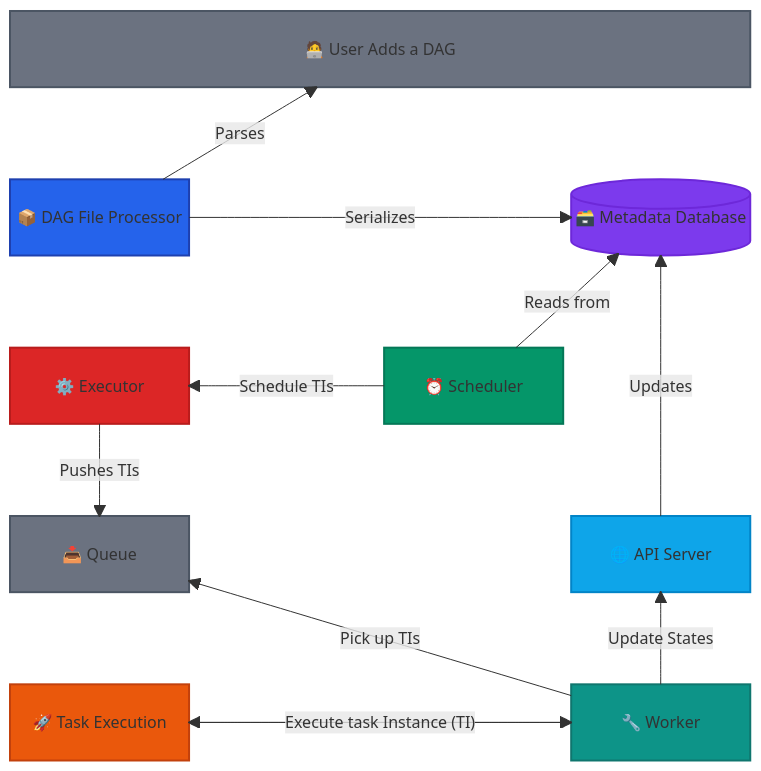
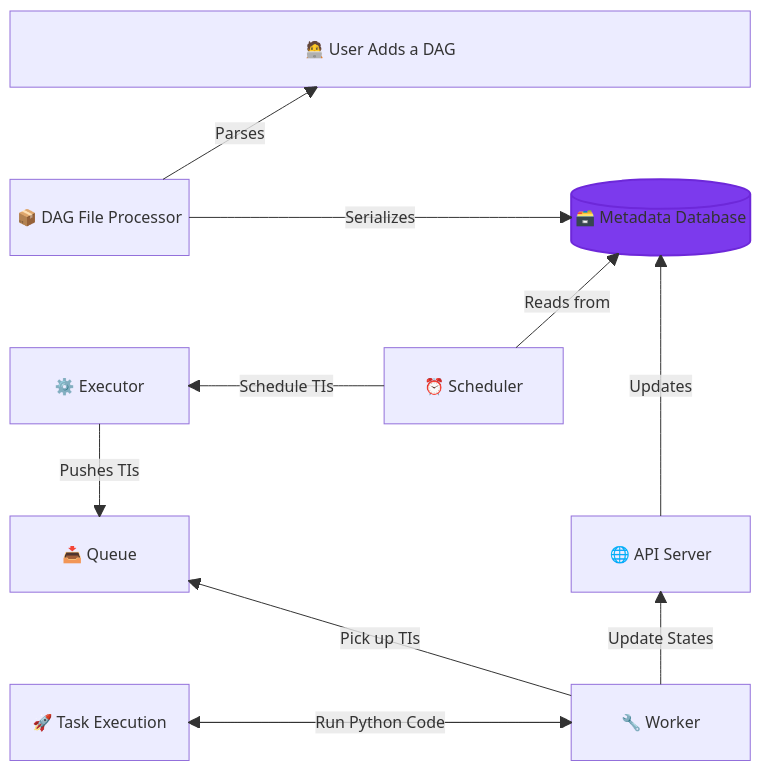
Before and after one commit to SmilingBytes/apache-airflow: the diagram in README.md, drawn with Mermaid.

````diff
--- a/README.md
+++ b/README.md
@@ -28,43 +28,36 @@
 ```mermaid
 block-beta
     columns 4
     USER["🧑‍💻 User Adds a DAG"]:4
     space:4
     DAG[" 📦 DAG File Processor "] space:2 META[(" 🗃️ Metadata Database ")]
     space:4
     EXE["⚙️ Executor"] space SCH["⏰ Scheduler"] space
     space:4
     QUE["📥 Queue"] space:2 API["🌐 API Server"]
     space:4
     TASK["🚀 Task Execution"] space:2 WORK["🔧 Worker"]
 
     DAG -- "Parses" --> USER
     DAG -- "Serializes" --> META
     SCH -- "Reads from" --> META
     SCH -- "Schedule TIs" --> EXE
     EXE -- "Pushes TIs" --> QUE
     WORK -- "Pick up TIs" --> QUE
     WORK --> TASK
-    TASK -- "Execute task Instance (TI)" --> WORK
+    TASK -- "Run Python Code" --> WORK
     WORK -- "Update States" --> API
     API -- "Updates" --> META
 
     %% === Class Definitions ===
     classDef user fill:#6b7280,stroke:#4b5563,stroke-width:2px,color:#ffffff
     classDef scheduler fill:#059669,stroke:#047857,stroke-width:2px,color:#ffffff
     classDef processor fill:#2563eb,stroke:#1e40af,stroke-width:2px,color:#ffffff
     classDef database fill:#7c3aed,stroke:#6d28d9,stroke-width:2px,color:#ffffff
     classDef worker fill:#0d9488,stroke:#0f766e,stroke-width:2px,color:#ffffff
     classDef executor fill:#dc2626,stroke:#b91c1c,stroke-width:2px,color:#ffffff
     classDef apiserver fill:#0ea5e9,stroke:#0284c7,stroke-width:2px,color:#ffffff
     classDef task fill:#ea580c,stroke:#c2410c,stroke-width:2px,color:#ffffff
 
-    class USER,QUE user
-    class SCH scheduler
-    class DAG processor
     class META database
-    class WORK worker
-    class EXE executor
-    class API apiserver
-    class TASK task
 ```
````
